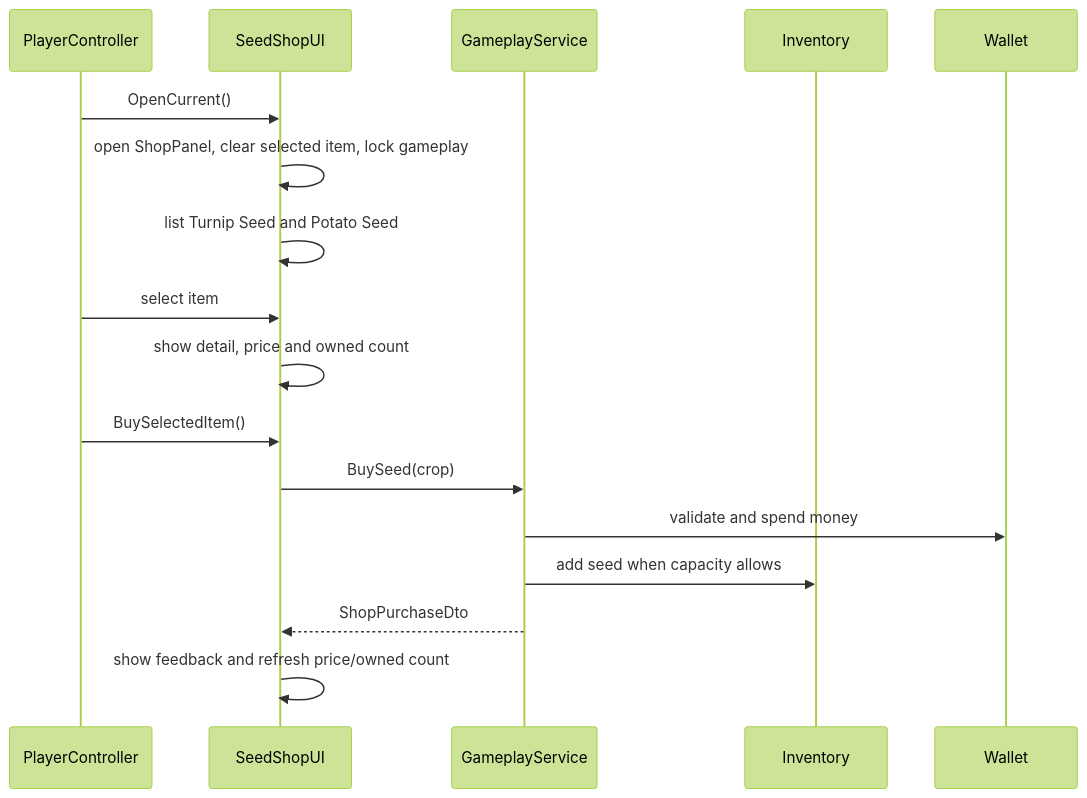
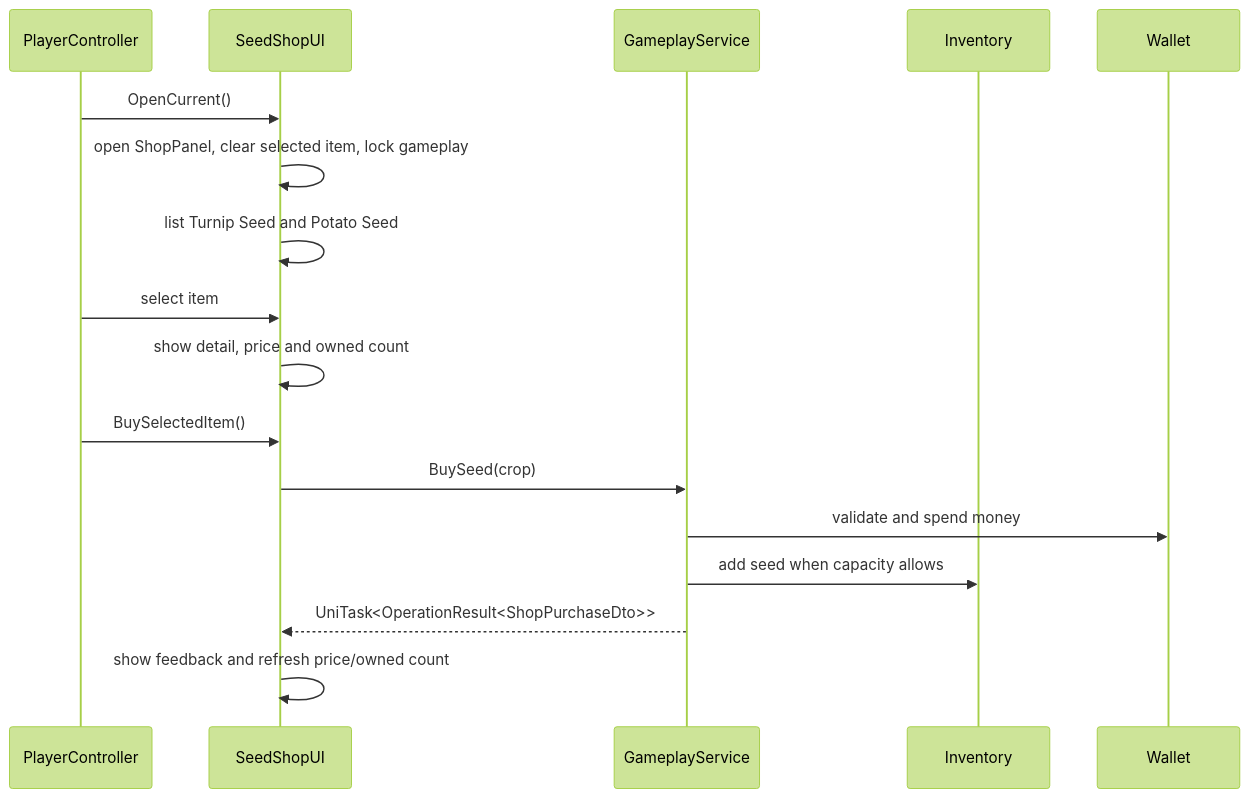
Before and after one commit to Phan-Phu/Prorotype_03: the fourth of 4 diagrams in ARCHITECTURE_FLOW.md, drawn with Mermaid (forest theme). The commit also changed other lines of this file and 13 other files, not shown here.

````diff
--- a/ARCHITECTURE_FLOW.md
+++ b/ARCHITECTURE_FLOW.md
@@ -234,20 +238,20 @@
 ```mermaid
 sequenceDiagram
     participant P as PlayerController
     participant V as SeedShopUI
     participant D as GameplayService
     participant I as Inventory
     participant W as Wallet
 
     P->>V: OpenCurrent()
     V->>V: open ShopPanel, clear selected item, lock gameplay
     V->>V: list Turnip Seed and Potato Seed
     P->>V: select item
     V->>V: show detail, price and owned count
     P->>V: BuySelectedItem()
     V->>D: BuySeed(crop)
     D->>W: validate and spend money
     D->>I: add seed when capacity allows
-    D-->>V: ShopPurchaseDto
+    D-->>V: UniTask<OperationResult<ShopPurchaseDto>>
     V->>V: show feedback and refresh price/owned count
 ```
````
